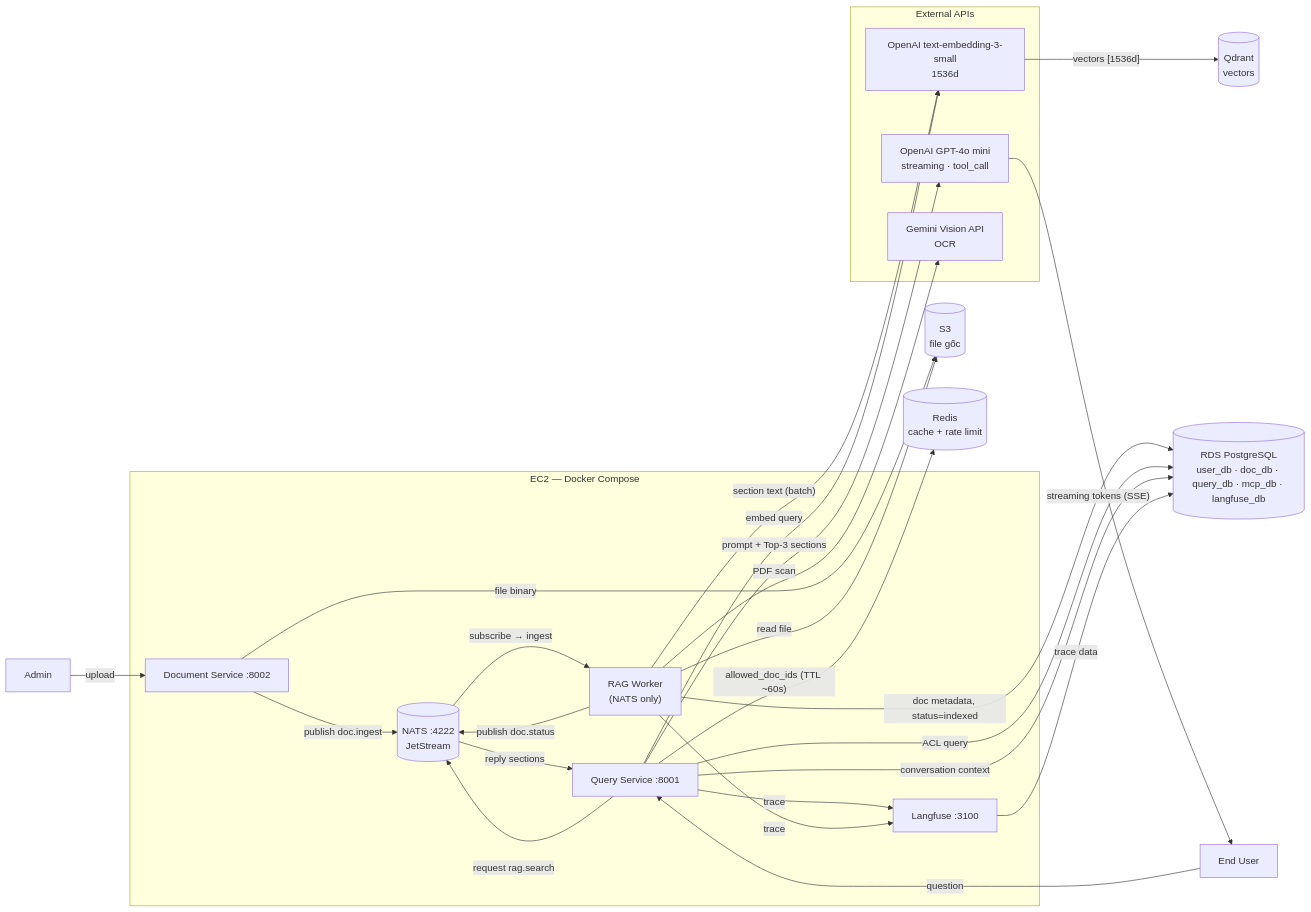
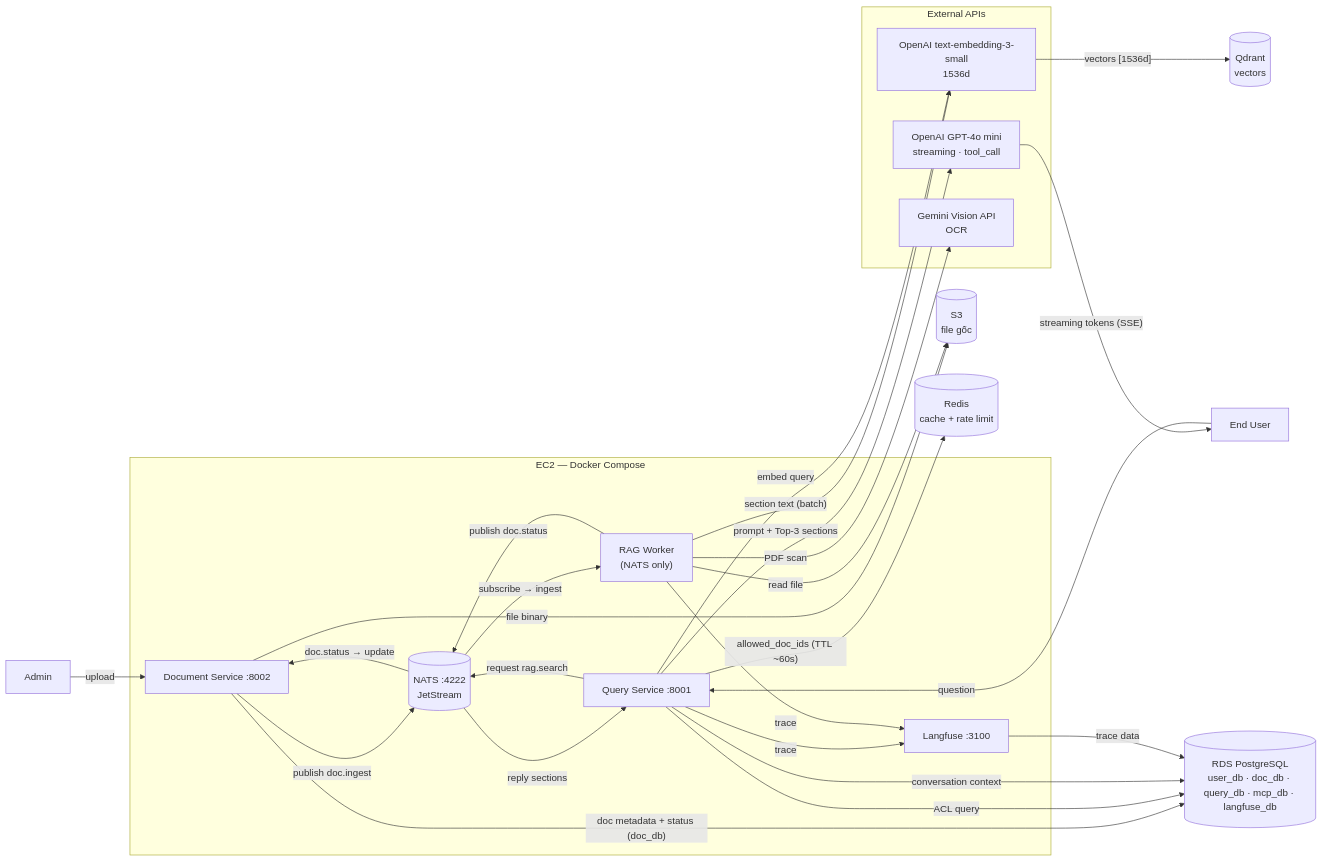
The fifth of 6 diagrams in docs/SA_RAG_Chatbot_Final.md (cds0987/DA08-VSF-AI), drawn with Mermaid before and after one commit. The commit also changed other lines of this file and 16 other files, not shown here.

````diff
--- a/docs/SA_RAG_Chatbot_Final.md
+++ b/docs/SA_RAG_Chatbot_Final.md
@@ -523,48 +527,49 @@
 ```mermaid
 flowchart LR
     ADM["Admin"]
     EU["End User"]
 
     subgraph BACKEND["EC2 — Docker Compose"]
         INGEST["Document Service :8002"]
         QUERY["Query Service :8001"]
         RAG["RAG Worker\n(NATS only)"]
         NATS[("NATS :4222\nJetStream")]
         LF["Langfuse :3100"]
     end
 
     S3[("S3\nfile gốc")]
     PG[("RDS PostgreSQL\nuser_db · doc_db · query_db · mcp_db · langfuse_db")]
     QD[("Qdrant\nvectors")]
     REDIS[("Redis\ncache + rate limit")]
 
     subgraph EXT["External APIs"]
         LLM["OpenAI GPT-4o mini\nstreaming · tool_call"]
         EMB["OpenAI text-embedding-3-small\n1536d"]
         OCR_EXT["Gemini Vision API\nOCR"]
     end
 
     ADM -->|"upload"| INGEST
     INGEST -->|"file binary"| S3
     INGEST -->|"publish doc.ingest"| NATS
     NATS -->|"subscribe → ingest"| RAG
     RAG -->|"read file"| S3
     RAG -->|"PDF scan"| OCR_EXT
     RAG -->|"section text (batch)"| EMB
     EMB -->|"vectors [1536d]"| QD
-    RAG -->|"doc metadata, status=indexed"| PG
     RAG -->|"publish doc.status"| NATS
+    NATS -->|"doc.status → update"| INGEST
+    INGEST -->|"doc metadata + status (doc_db)"| PG
 
     EU -->|"question"| QUERY
     QUERY -->|"ACL query"| PG
     QUERY -->|"allowed_doc_ids (TTL ~60s)"| REDIS
     QUERY -->|"request rag.search"| NATS
     NATS -->|"reply sections"| QUERY
     QUERY -->|"embed query"| EMB
     QUERY -->|"conversation context"| PG
     QUERY -->|"prompt + Top-3 sections"| LLM
     LLM -->|"streaming tokens (SSE)"| EU
     QUERY -->|"trace"| LF
     RAG -->|"trace"| LF
     LF -->|"trace data"| PG
 ```
````
